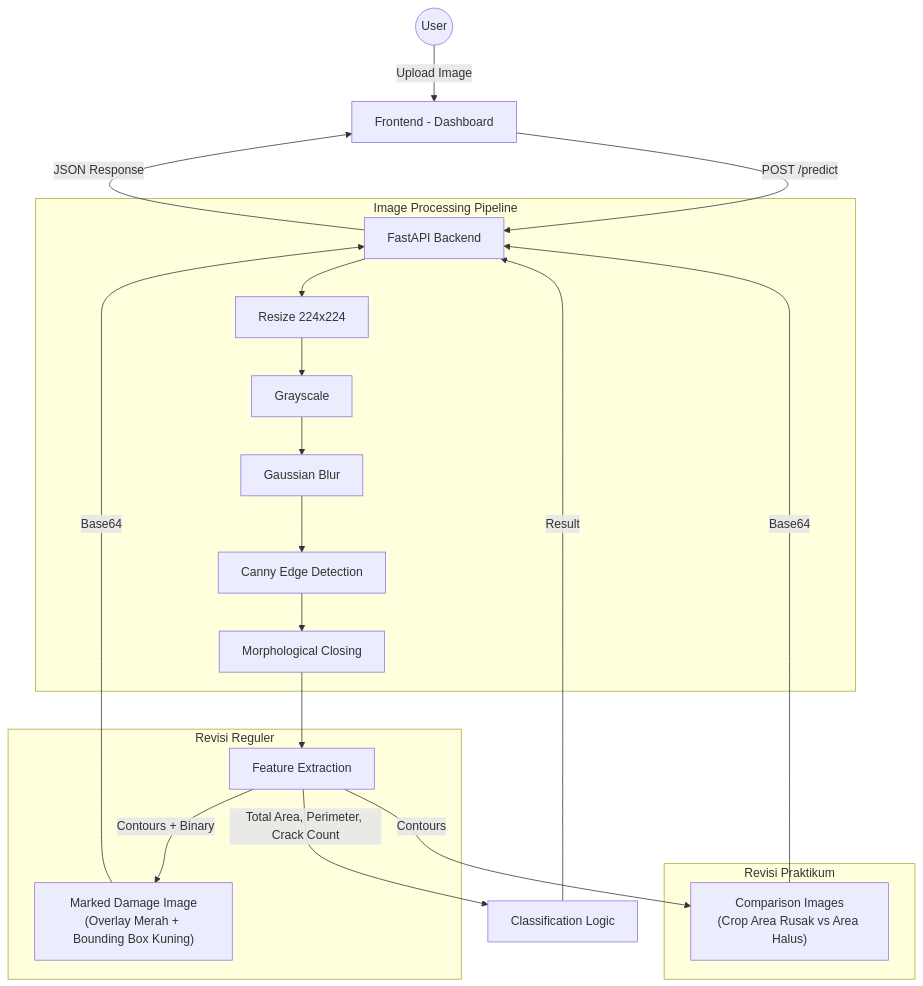
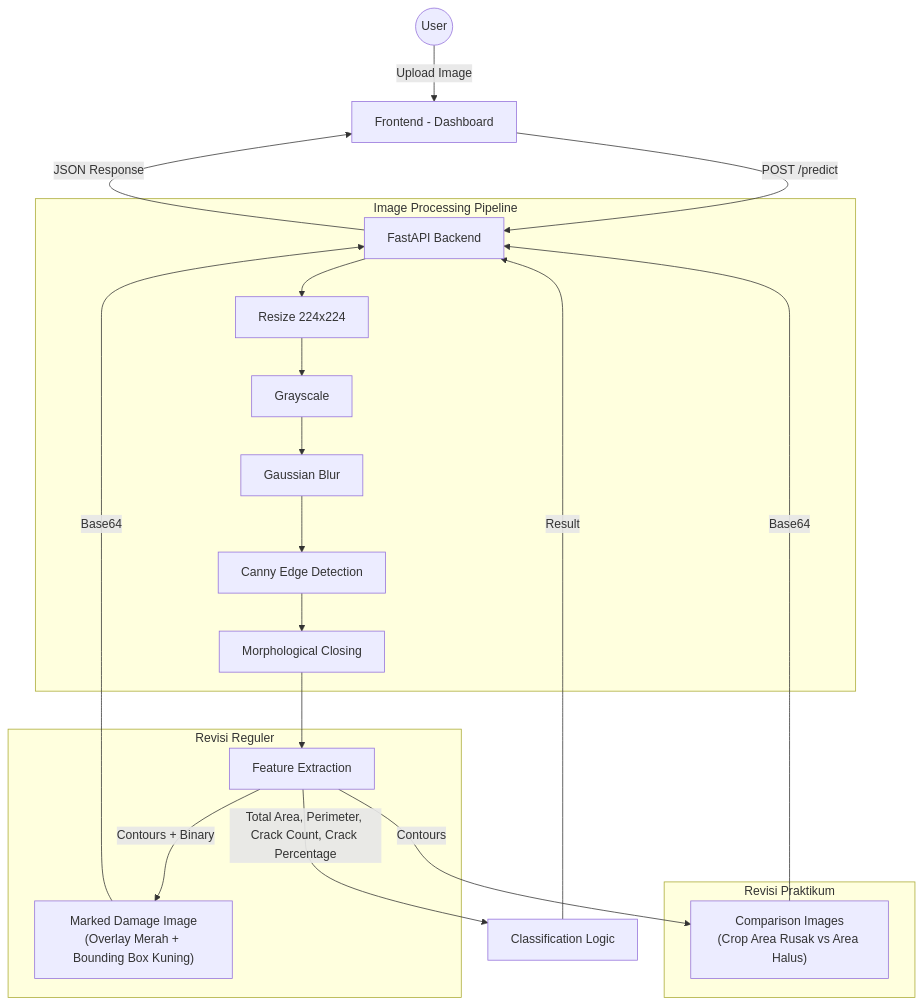
One commit to Deikazen/pcd-model-API changed the diagram in README.md. Above: the diagram before and after it, drawn with Mermaid.

Commit message:
Revisi presentasi kerusakan

````diff
--- a/README.md
+++ b/README.md
@@ -11,29 +11,28 @@
 ```mermaid
 graph TD
     User((User)) -->|Upload Image| WebUI[Frontend - Dashboard]
     WebUI -->|POST /predict| API[FastAPI Backend]
     
     subgraph "Image Processing Pipeline"
         API --> P1[Resize 224x224]
         P1 --> P2[Grayscale]
         P2 --> P3[Gaussian Blur]
         P3 --> P4[Canny Edge Detection]
         P4 --> P5[Morphological Closing]
     end
     
     P5 --> FE[Feature Extraction]
-    FE -->|Total Area, Perimeter, Crack Count| CL[Classification Logic]
-    
+    FE -->|Total Area, Perimeter, Crack Count, Crack Percentage| CL[Classification Logic]
     subgraph "Revisi Reguler"
         FE -->|Contours + Binary| MD["Marked Damage Image<br/>(Overlay Merah + Bounding Box Kuning)"]
     end
 
     subgraph "Revisi Praktikum"
         FE -->|Contours| CP["Comparison Images<br/>(Crop Area Rusak vs Area Halus)"]
     end
     
     CL -->|Result| API
     MD -->|Base64| API
     CP -->|Base64| API
     API -->|JSON Response| WebUI
 ```
````
